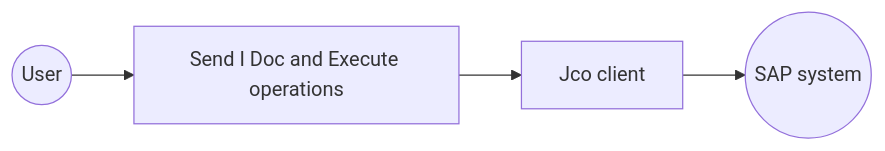
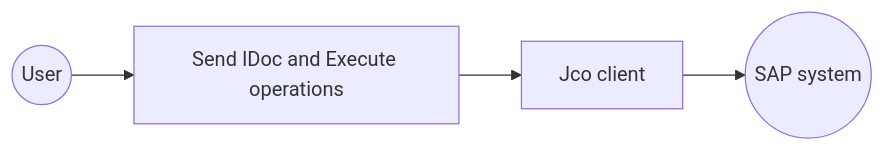
The first of 2 diagrams in en/docs/connectors/catalog/erp-business/sap.jco/example.md (DimuthuMadushan/docs-integrator), drawn with Mermaid before and after one commit. The commit also changed other lines of this file and 1 other file, not shown here.

````diff
--- a/en/docs/connectors/catalog/erp-business/sap.jco/example.md
+++ b/en/docs/connectors/catalog/erp-business/sap.jco/example.md
@@ -18,6 +18,6 @@
 ```mermaid
 flowchart LR
-    A((User)) --> B[Send I Doc and Execute operations]
+    A((User)) --> B[Send IDoc and Execute operations]
     B --> C[Jco client]
     C --> D((SAP system))
 ```
````
